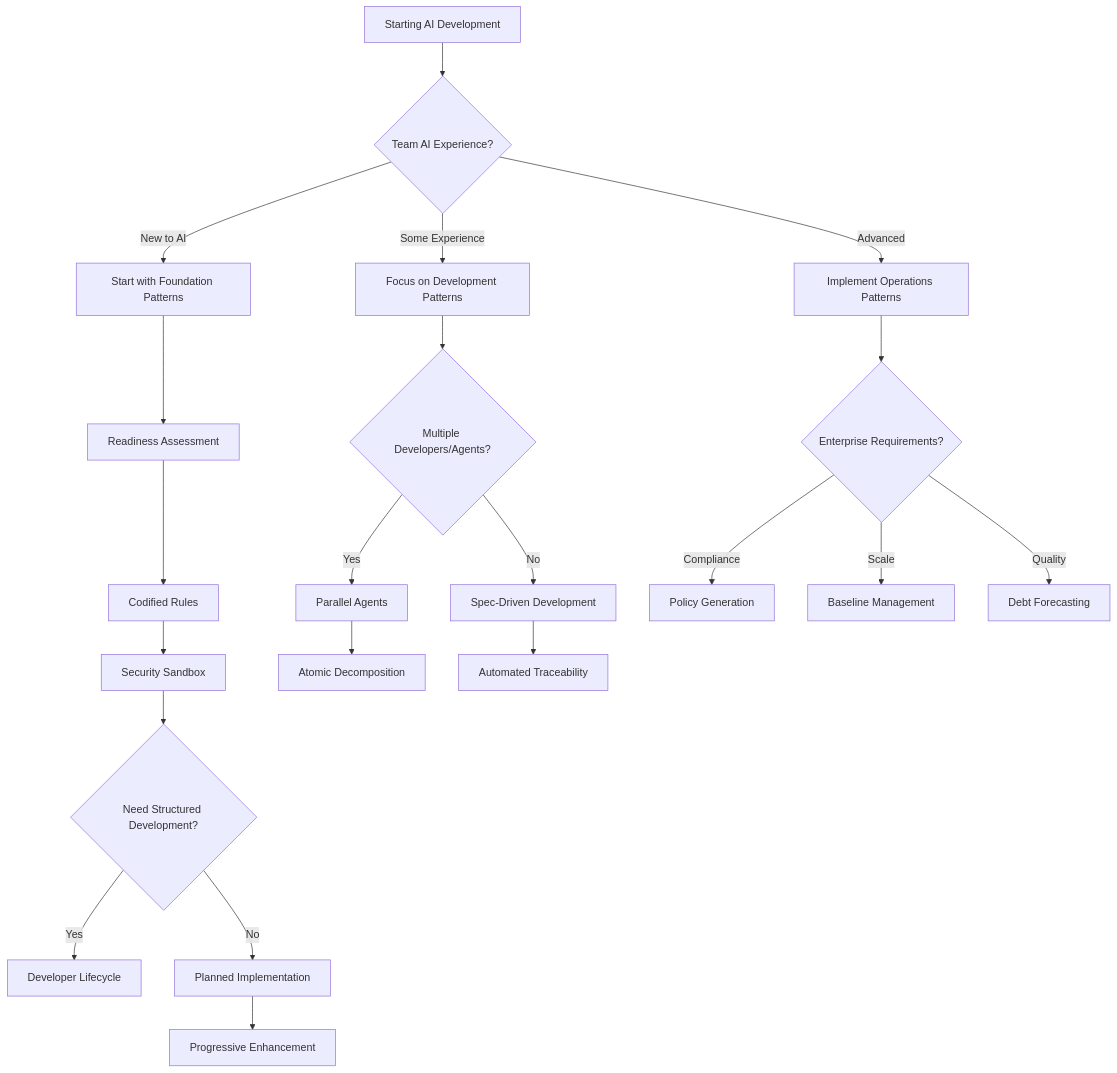
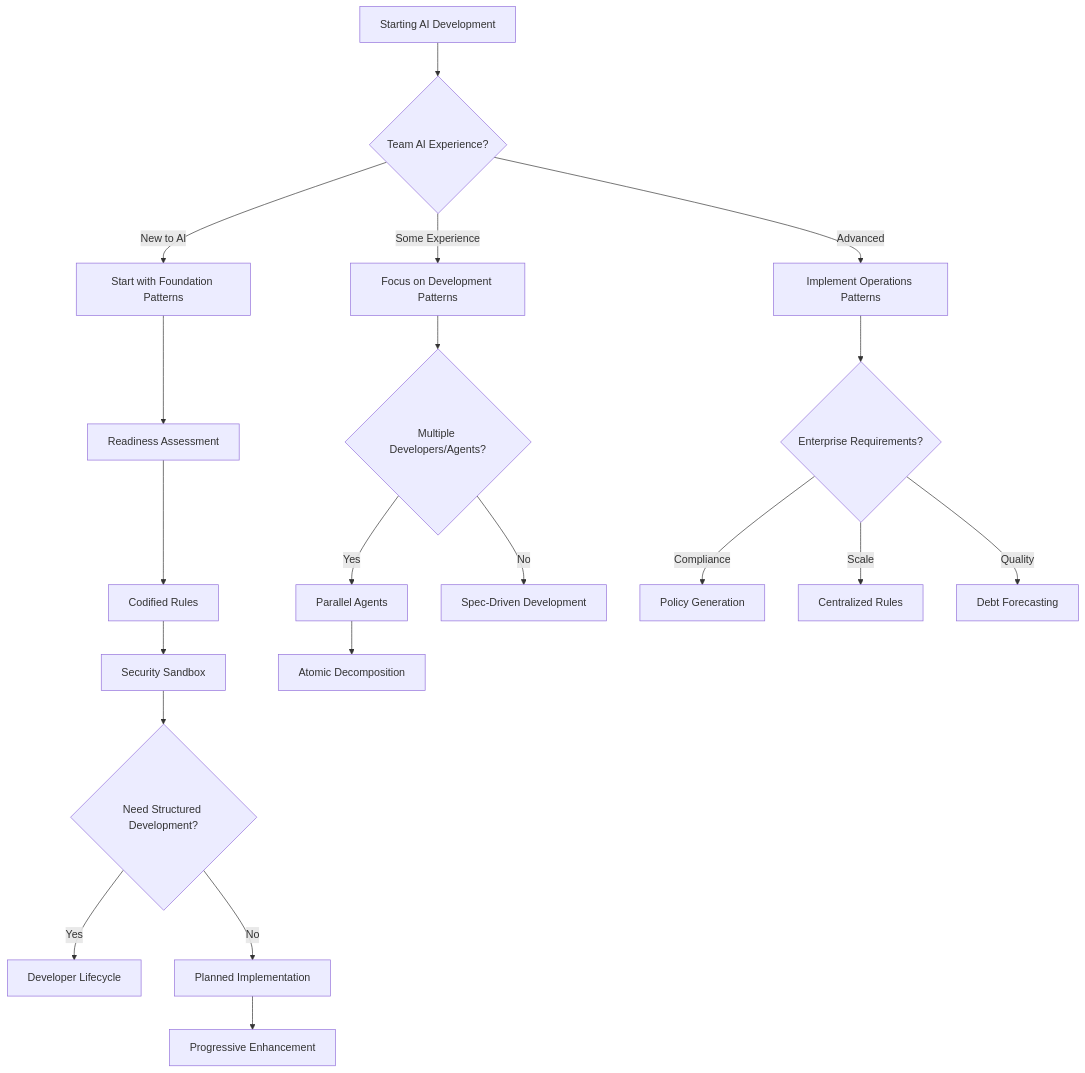
The fourth of 16 diagrams in README.md (PaulDuvall/ai-development-patterns), drawn with Mermaid before and after one commit. The commit also changed other lines of this file and 10 other files, not shown here.

````diff
--- a/README.md
+++ b/README.md
@@ -265,26 +248,25 @@
 ```mermaid
 graph TD
     A[Starting AI Development] --> B{Team AI Experience?}
     B -->|New to AI| C[Start with Foundation Patterns]
     B -->|Some Experience| D[Focus on Development Patterns]
     B -->|Advanced| E[Implement Operations Patterns]
 
     C --> F[Readiness Assessment]
     F --> G[Codified Rules]
     G --> H[Security Sandbox]
     H --> I{Need Structured Development?}
     I -->|Yes| J[Developer Lifecycle]
     I -->|No| K[Planned Implementation]
     K --> L[Progressive Enhancement]
 
     D --> M{Multiple Developers/Agents?}
     M -->|Yes| N[Parallel Agents]
     M -->|No| O[Spec-Driven Development]
     N --> P[Atomic Decomposition]
-    O --> Q[Automated Traceability]
 
     E --> R{Enterprise Requirements?}
     R -->|Compliance| S[Policy Generation]
-    R -->|Scale| T[Baseline Management]
+    R -->|Scale| T[Centralized Rules]
     R -->|Quality| U[Debt Forecasting]
 ```
````
